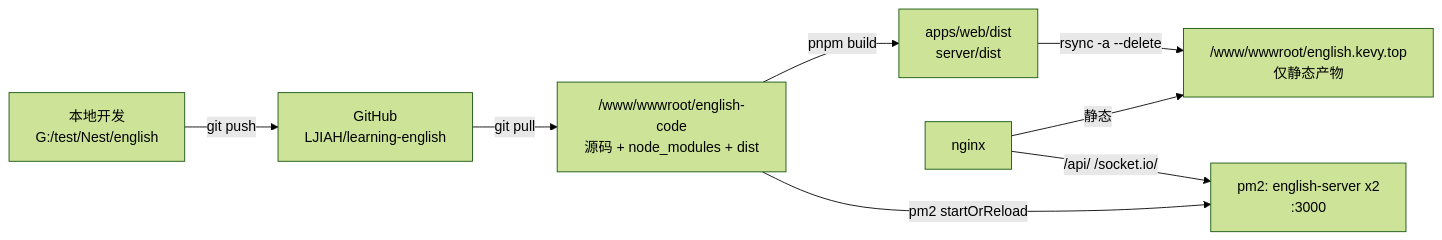
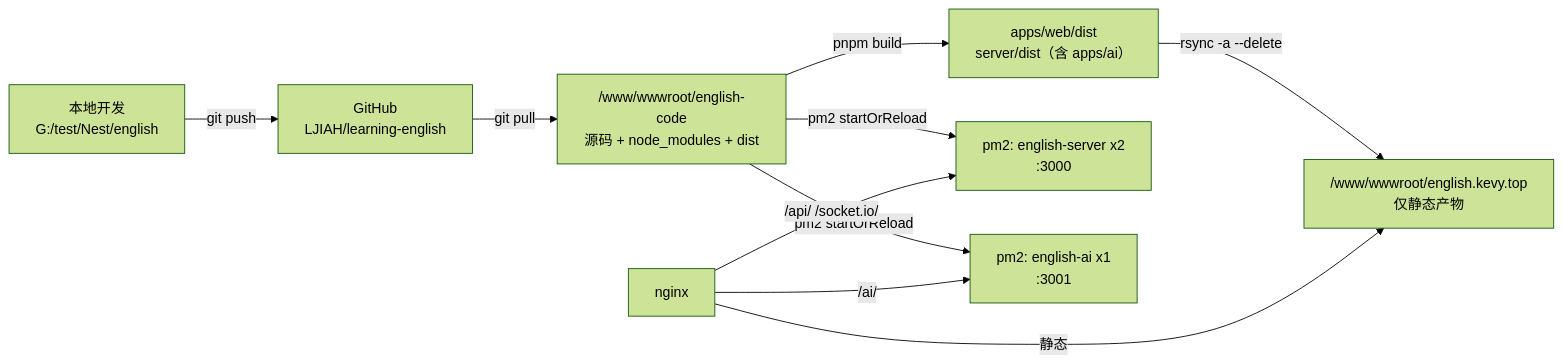
One commit to LJIAH/learning-english changed the diagram in deploy/README.md. Above: the diagram before and after it, drawn with Mermaid (forest theme). The commit also changed other lines of this file and 5 other files, not shown here.

````diff
--- a/deploy/README.md
+++ b/deploy/README.md
@@ -14,10 +14,12 @@
 ```mermaid
 flowchart LR
   Dev["本地开发<br/>G:/test/Nest/english"] -->|git push| GH["GitHub<br/>LJIAH/learning-english"]
   GH -->|git pull| Code["/www/wwwroot/english-code<br/>源码 + node_modules + dist"]
-  Code -->|pnpm build| Dist["apps/web/dist<br/>server/dist"]
+  Code -->|pnpm build| Dist["apps/web/dist<br/>server/dist（含 apps/ai）"]
   Dist -->|rsync -a --delete| WebRoot["/www/wwwroot/english.kevy.top<br/>仅静态产物"]
-  Code -->|pm2 startOrReload| Proc["pm2: english-server x2<br/>:3000"]
+  Code -->|pm2 startOrReload| ProcServer["pm2: english-server x2<br/>:3000"]
+  Code -->|pm2 startOrReload| ProcAi["pm2: english-ai x1<br/>:3001"]
   Nginx["nginx"] -->|静态| WebRoot
-  Nginx -->|/api/ /socket.io/| Proc
+  Nginx -->|/api/ /socket.io/| ProcServer
+  Nginx -->|/ai/| ProcAi
 ```
````
